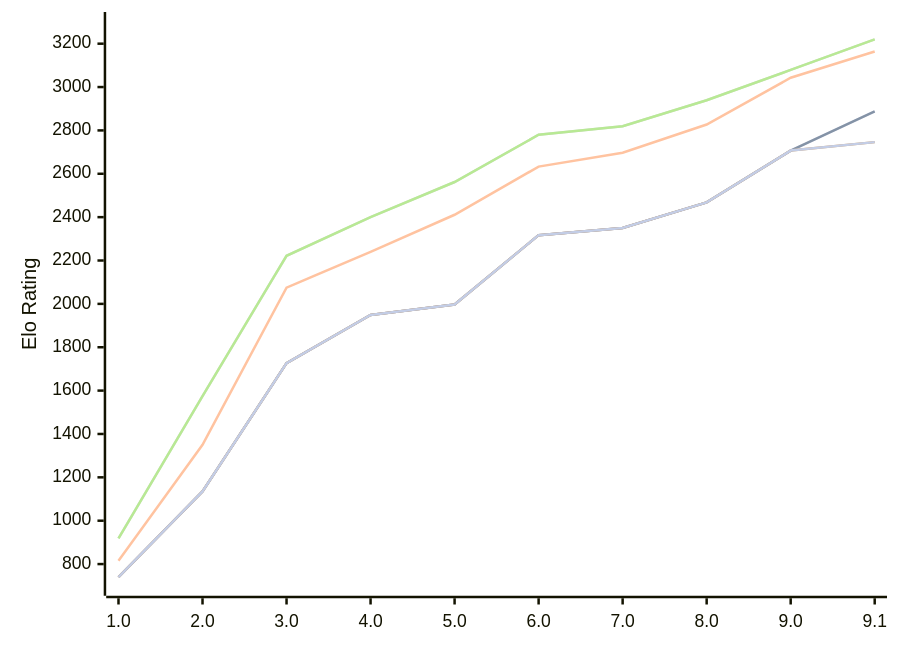
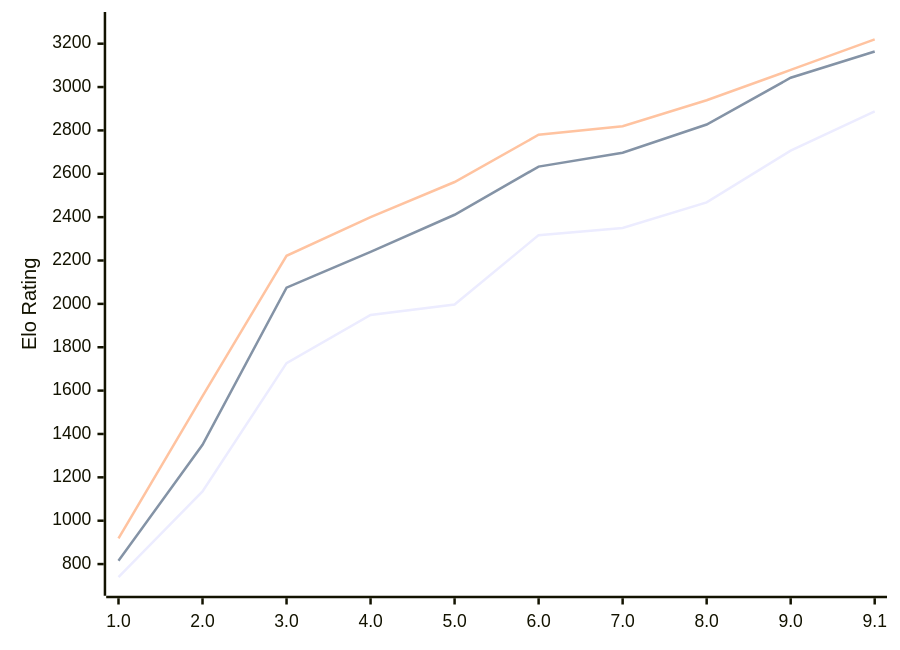
One commit to computer-chess-index/cci changed the diagram in engines/Pea.md. Above: the diagram before and after it, drawn with Mermaid. The commit also changed other lines of this file, not shown here.

````diff
--- a/engines/Pea.md
+++ b/engines/Pea.md
@@ -56,13 +56,9 @@
 ```mermaid
 %%{init: {"theme":"base","themeVariables":{"seriesColors:['#a3a3a3','#222221','#faa371']}}}%%
 xychart-beta
   x-axis ["1.0", "2.0", "3.0", "4.0", "5.0", "6.0", "7.0", "8.0", "9.0", "9.1"]
   y-axis "Elo Rating" 700 --> 3300
-  line "" [740, 1135, 1727, 1949, 1997, 2317, 2350, 2468, 2707, 2888]
   line "T1: STC (8.0+0.08s)" [740, 1135, 1727, 1949, 1997, 2317, 2350, 2468, 2707, 2888]
   line "T1: LTC (60.0+0.60s)" [815, 1350, 2075, 2240, 2411, 2633, 2697, 2827, 3043, 3164]
-  line "" [918, 1575, 2222, 2400, 2562, 2780, 2819, 2939, 3079, 3220]
   line "T1: VLTC (2m24s+1.12s)" [918, 1575, 2222, 2400, 2562, 2780, 2819, 2939, 3079, 3220]
-  line "" [740, 1135, 1727, 1949, 1997, 2317, 2350, 2468, 2707,2746]
-  line "E1: STC (8.0+0.08s)" [740, 1135, 1727, 1949, 1997, 2317, 2350, 2468, 2707,2746]
 ```
````
